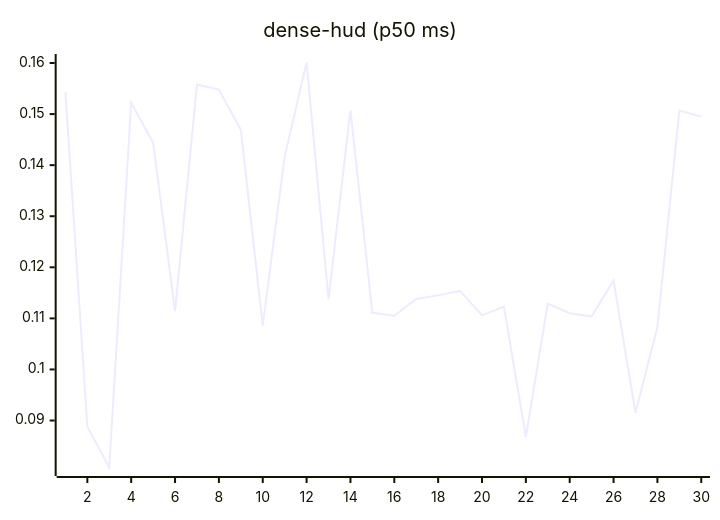
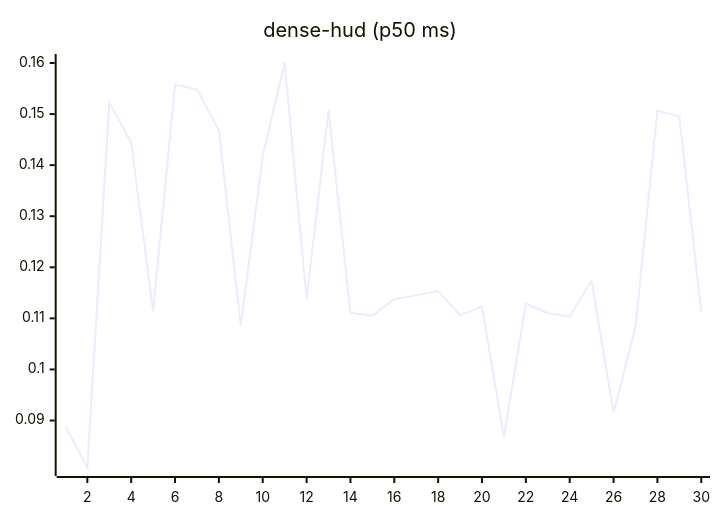
One commit to josha/Facet changed the eighth of 27 diagrams in README.md. Above: the diagram before and after it, drawn with Mermaid. The commit also changed other lines of this file and 2 other files, not shown here.

````diff
--- a/README.md
+++ b/README.md
@@ -112,6 +112,6 @@
 ```mermaid
 xychart-beta
     title "dense-hud (p50 ms)"
     x-axis 1 --> 30
-    line [0.1543, 0.0888, 0.0808, 0.1522, 0.1444, 0.1114, 0.1558, 0.1548, 0.1469, 0.1086, 0.1417, 0.1601, 0.1137, 0.1508, 0.1111, 0.1105, 0.1138, 0.1145, 0.1154, 0.1106, 0.1123, 0.0868, 0.1129, 0.1110, 0.1104, 0.1174, 0.0915, 0.1083, 0.1507, 0.1495]
+    line [0.0888, 0.0808, 0.1522, 0.1444, 0.1114, 0.1558, 0.1548, 0.1469, 0.1086, 0.1417, 0.1601, 0.1137, 0.1508, 0.1111, 0.1105, 0.1138, 0.1145, 0.1154, 0.1106, 0.1123, 0.0868, 0.1129, 0.1110, 0.1104, 0.1174, 0.0915, 0.1083, 0.1507, 0.1495, 0.1112]
 ```
````
